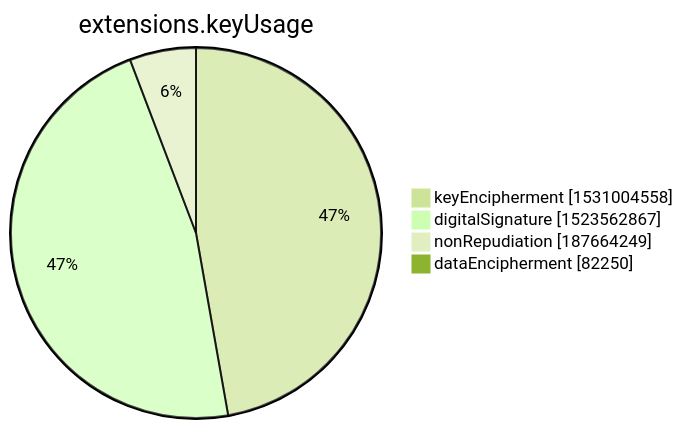
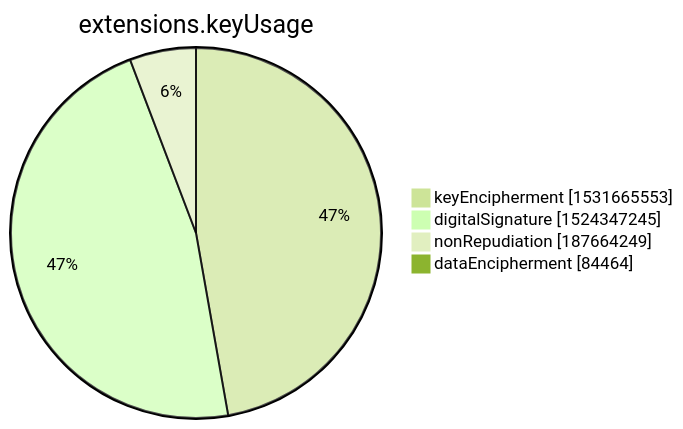
Before and after one commit to christiankrug/ctmonitor_visualization: the seventh of 15 diagrams in xenon2022/README.md, drawn with Mermaid (forest theme). The commit also changed other lines of this file, not shown here.

````diff
--- a/xenon2022/README.md
+++ b/xenon2022/README.md
@@ -2849,8 +2849,8 @@
 ```mermaid
 pie showData
 title extensions.keyUsage
-"keyEncipherment" :1531004558
-"digitalSignature" :1523562867
+"keyEncipherment" :1531665553
+"digitalSignature" :1524347245
 "nonRepudiation" :187664249
-"dataEncipherment" :82250
+"dataEncipherment" :84464
 ```
````
